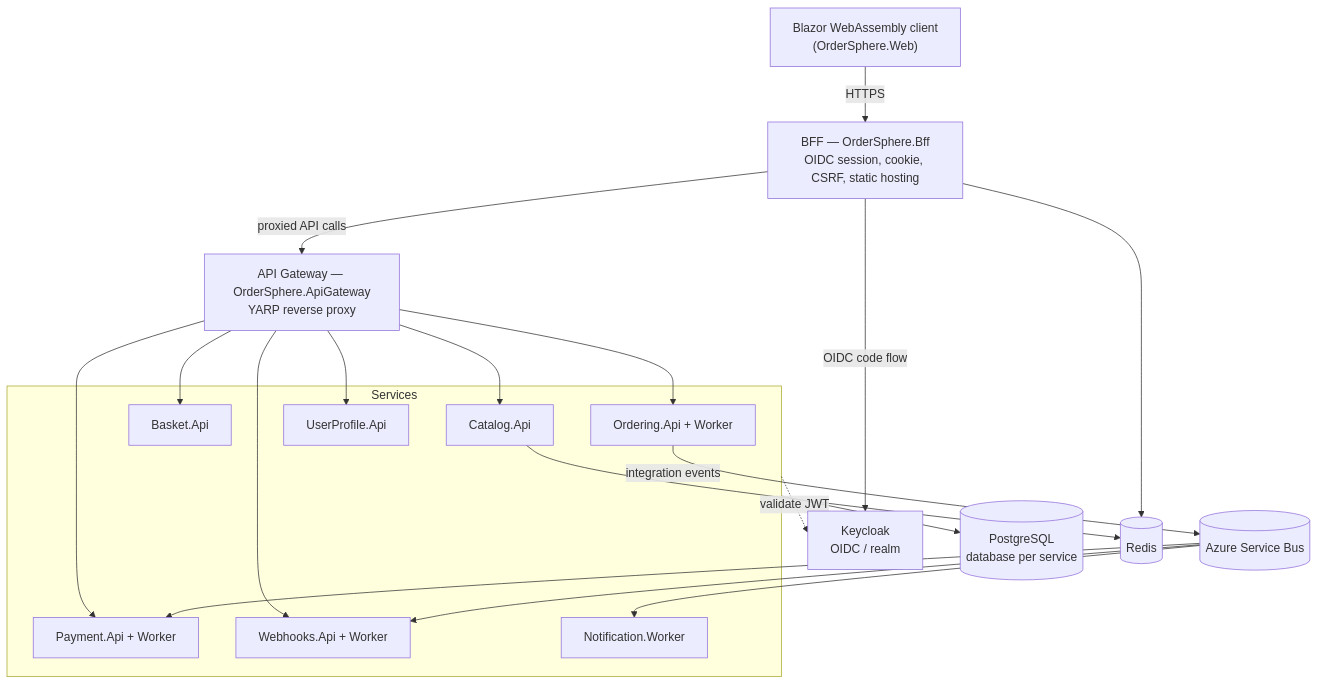
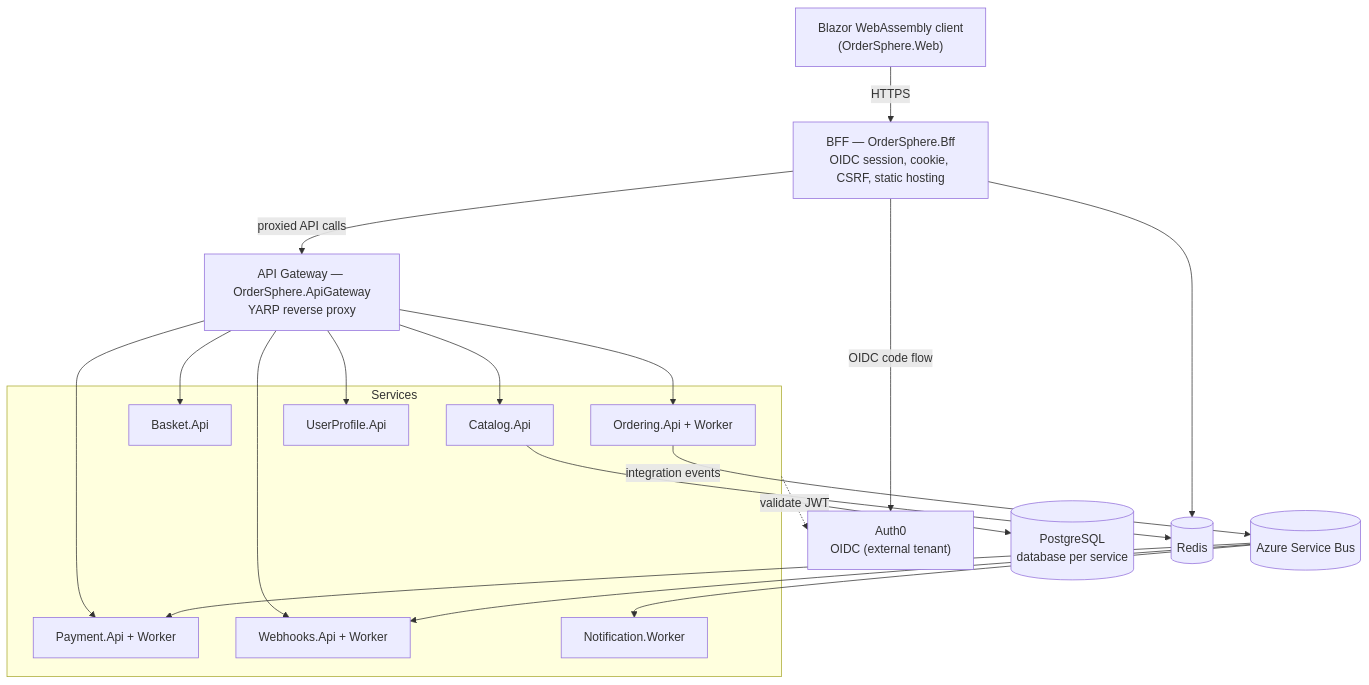
Before and after one commit to MoritzWaldau/OrderSphere: the diagram in README.md, drawn with Mermaid. The commit also changed other lines of this file and 56 other files, not shown here.

````diff
--- a/README.md
+++ b/README.md
@@ -44,32 +44,32 @@
 ```mermaid
 flowchart TD
     Browser["Blazor WebAssembly client<br/>(OrderSphere.Web)"]
     BFF["BFF — OrderSphere.Bff<br/>OIDC session, cookie, CSRF, static hosting"]
     GW["API Gateway — OrderSphere.ApiGateway<br/>YARP reverse proxy"]
-    KC["Keycloak<br/>OIDC / realm"]
+    KC["Auth0<br/>OIDC (external tenant)"]
 
     subgraph Services
         Catalog["Catalog.Api"]
         Basket["Basket.Api"]
         Ordering["Ordering.Api + Worker"]
         Payment["Payment.Api + Worker"]
         UserProfile["UserProfile.Api"]
         Webhooks["Webhooks.Api + Worker"]
         Notification["Notification.Worker"]
     end
 
     SB[("Azure Service Bus")]
     PG[("PostgreSQL<br/>database per service")]
     Redis[("Redis")]
 
     Browser -->|"HTTPS"| BFF
     BFF -->|"OIDC code flow"| KC
     BFF -->|"proxied API calls"| GW
     GW --> Catalog & Basket & Ordering & Payment & UserProfile & Webhooks
     Services -.->|"validate JWT"| KC
     Ordering -->|"integration events"| SB
     SB --> Payment & Notification & Webhooks
     Services --> PG
     Catalog --> Redis
     BFF --> Redis
 ```
````
